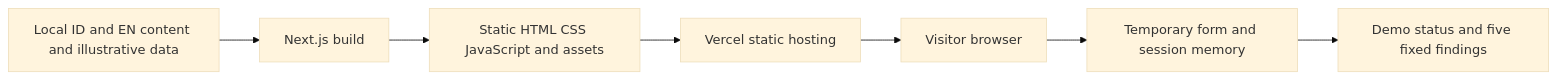
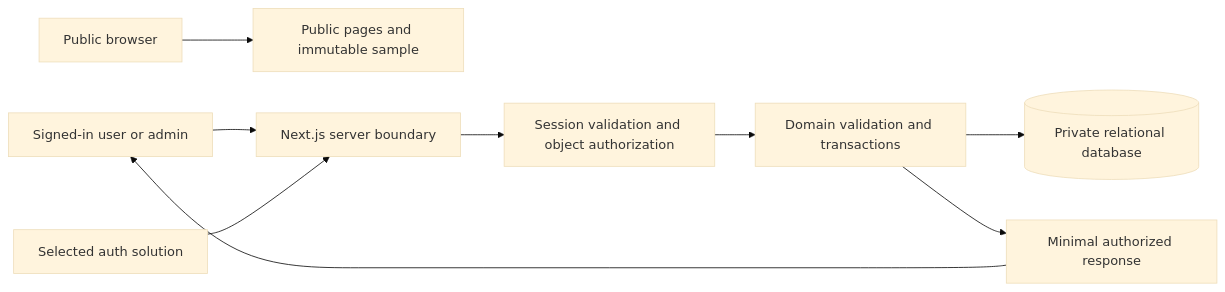
The diagram in docs/engineering/ARCHITECTURE.md (alifaguslerian/CELAHAN), drawn with Mermaid (base theme) before and after one commit. The commit also changed other lines of this file, not shown here.

Commit message:
docs: replace static-only architecture with server-backed design

````diff
--- a/docs/engineering/ARCHITECTURE.md
+++ b/docs/engineering/ARCHITECTURE.md
@@ -11,9 +11,11 @@
 ```mermaid
 flowchart LR
-  A[Local ID and EN content and illustrative data] --> B[Next.js build]
-  B --> C[Static HTML CSS JavaScript and assets]
-  C --> D[Vercel static hosting]
-  D --> E[Visitor browser]
-  E --> F[Temporary form and session memory]
-  F --> G[Demo status and five fixed findings]
+  P[Public browser] --> W[Public pages and immutable sample]
+  U[Signed-in user or admin] --> S[Next.js server boundary]
+  A[Selected auth solution] --> S
+  S --> Z[Session validation and object authorization]
+  Z --> V[Domain validation and transactions]
+  V --> D[(Private relational database)]
+  V --> R[Minimal authorized response]
+  R --> U
 ```
````
